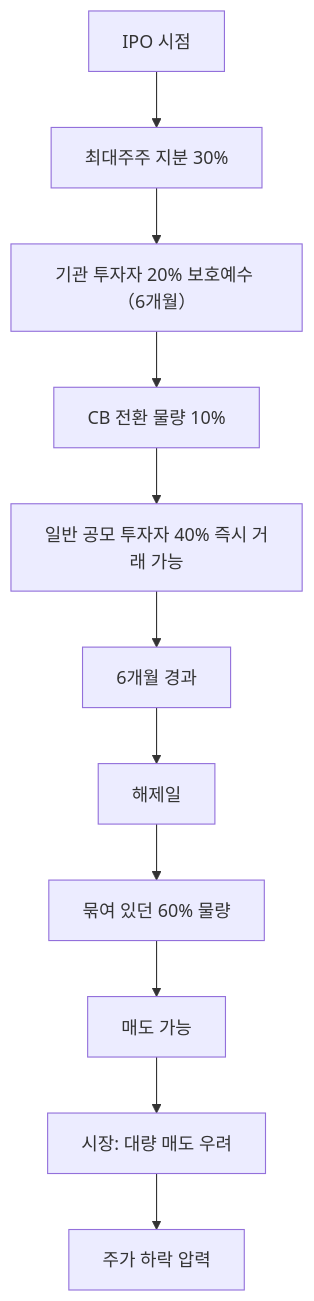
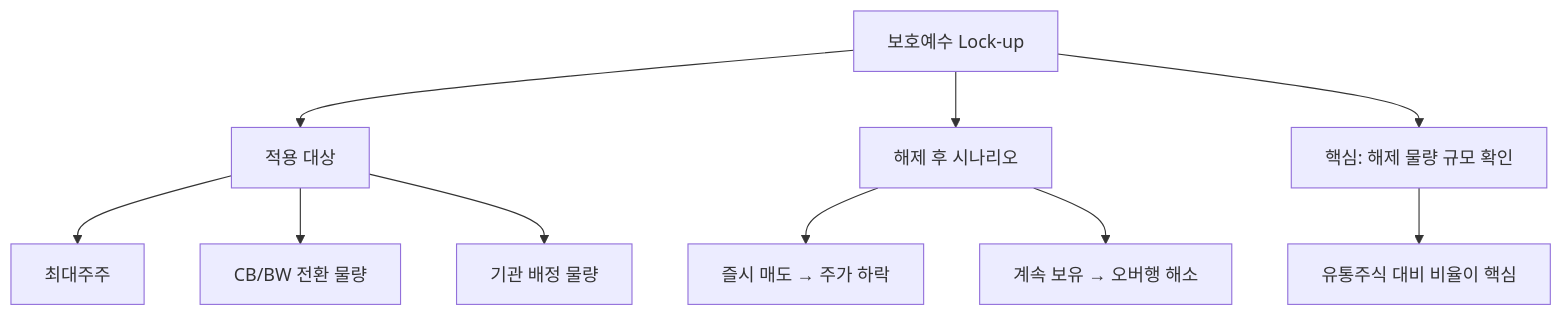
Before and after one commit to yeongseon/stock-visual-note: the diagram in content/stock-terms/ko/level-07-earnings/lock-up.md, drawn with Mermaid. The commit also changed other lines of this file and 96 other files, not shown here.

Commit message:
Rewrite all 98 remaining articles: branching Mermaid diagrams, natural search_intent, compelling seo_titles, clean descriptions

````diff
--- a/content/stock-terms/ko/level-07-earnings/lock-up.md
+++ b/content/stock-terms/ko/level-07-earnings/lock-up.md
@@ -42,24 +42,13 @@
 ```mermaid
 graph TD
-    A0["IPO 시점"]
-    A1["최대주주 지분 30%"]
-    A2["기관 투자자 20% 보호예수 （6개월）"]
-    A3["CB 전환 물량 10%"]
-    A4["일반 공모 투자자 40% 즉시 거래 가능"]
-    A5["6개월 경과"]
-    A6["해제일"]
-    A7["묶여 있던 60% 물량"]
-    A8["매도 가능"]
-    A9["시장: 대량 매도 우려"]
-    A10["주가 하락 압력"]
-    A0 --> A1
-    A1 --> A2
-    A2 --> A3
-    A3 --> A4
-    A4 --> A5
-    A5 --> A6
-    A6 --> A7
-    A7 --> A8
-    A8 --> A9
-    A9 --> A10
+    A["보호예수 Lock-up"]
+    A --> B["적용 대상"]
+    A --> C["해제 후 시나리오"]
+    B --> B1["최대주주"]
+    B --> B2["CB/BW 전환 물량"]
+    B --> B3["기관 배정 물량"]
+    C --> C1["즐시 매도 → 주가 하락"]
+    C --> C2["계속 보유 → 오버행 해소"]
+    A --> D["핵심: 해제 물량 규모 확인"]
+    D --> D1["유통주식 대비 비율이 핵심"]
 ```
````
